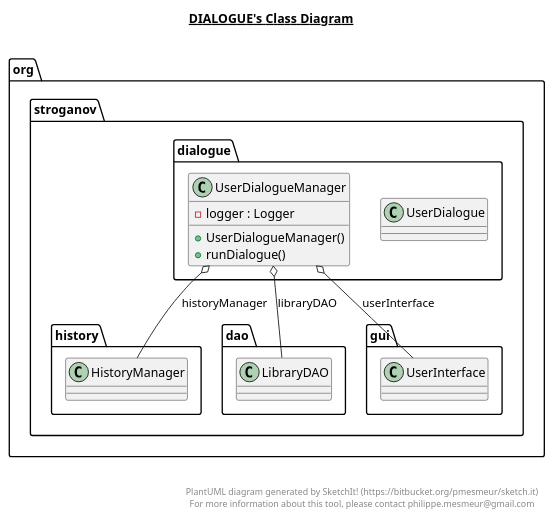
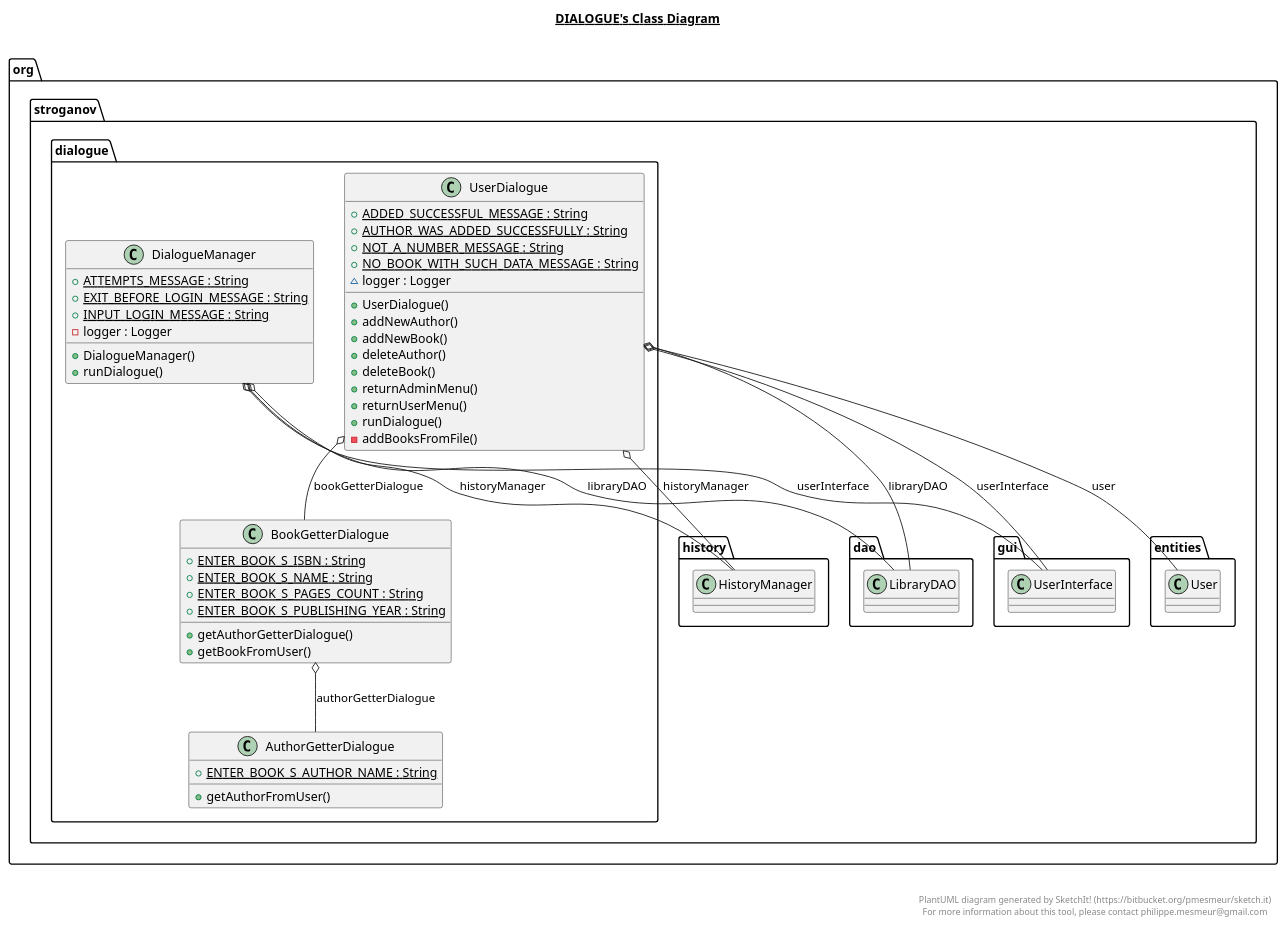
The diagram in src/main/java/org/stroganov/dialogue/dialogue.plantuml (SergeyStroganoff/LibraryApp), drawn with PlantUML before and after one commit. The commit also changed 12 other files, not shown here.

Commit message:
UserDialogue in progress.

```diff
--- a/src/main/java/org/stroganov/dialogue/dialogue.plantuml
+++ b/src/main/java/org/stroganov/dialogue/dialogue.plantuml
@@ -1,36 +1,83 @@
 @startuml
 
 title __DIALOGUE's Class Diagram__\n
 
   namespace org.stroganov {
     namespace dialogue {
-      class org.stroganov.dialogue.UserDialogue {
+      class org.stroganov.dialogue.AuthorGetterDialogue {
+          {static} + ENTER_BOOK_S_AUTHOR_NAME : String
+          + getAuthorFromUser()
       }
     }
   }
   
 
   namespace org.stroganov {
     namespace dialogue {
-      class org.stroganov.dialogue.UserDialogueManager {
+      class org.stroganov.dialogue.BookGetterDialogue {
+          {static} + ENTER_BOOK_S_ISBN : String
+          {static} + ENTER_BOOK_S_NAME : String
+          {static} + ENTER_BOOK_S_PAGES_COUNT : String
+          {static} + ENTER_BOOK_S_PUBLISHING_YEAR : String
+          + getAuthorGetterDialogue()
+          + getBookFromUser()
+      }
+    }
+  }
+  
+
+  namespace org.stroganov {
+    namespace dialogue {
+      class org.stroganov.dialogue.DialogueManager {
+          {static} + ATTEMPTS_MESSAGE : String
+          {static} + EXIT_BEFORE_LOGIN_MESSAGE : String
+          {static} + INPUT_LOGIN_MESSAGE : String
           - logger : Logger
-          + UserDialogueManager()
+          + DialogueManager()
           + runDialogue()
       }
     }
   }
   
 
-  org.stroganov.dialogue.UserDialogueManager o-- org.stroganov.history.HistoryManager : historyManager
-  org.stroganov.dialogue.UserDialogueManager o-- org.stroganov.dao.LibraryDAO : libraryDAO
-  org.stroganov.dialogue.UserDialogueManager o-- org.stroganov.gui.UserInterface : userInterface
+  namespace org.stroganov {
+    namespace dialogue {
+      class org.stroganov.dialogue.UserDialogue {
+          {static} + ADDED_SUCCESSFUL_MESSAGE : String
+          {static} + AUTHOR_WAS_ADDED_SUCCESSFULLY : String
+          {static} + NOT_A_NUMBER_MESSAGE : String
+          {static} + NO_BOOK_WITH_SUCH_DATA_MESSAGE : String
+          ~ logger : Logger
+          + UserDialogue()
+          + addNewAuthor()
+          + addNewBook()
+          + deleteAuthor()
+          + deleteBook()
+          + returnAdminMenu()
+          + returnUserMenu()
+          + runDialogue()
+          - addBooksFromFile()
+      }
+    }
+  }
+  
+
+  org.stroganov.dialogue.BookGetterDialogue o-- org.stroganov.dialogue.AuthorGetterDialogue : authorGetterDialogue
+  org.stroganov.dialogue.DialogueManager o-- org.stroganov.history.HistoryManager : historyManager
+  org.stroganov.dialogue.DialogueManager o-- org.stroganov.dao.LibraryDAO : libraryDAO
+  org.stroganov.dialogue.DialogueManager o-- org.stroganov.gui.UserInterface : userInterface
+  org.stroganov.dialogue.UserDialogue o-- org.stroganov.dialogue.BookGetterDialogue : bookGetterDialogue
+  org.stroganov.dialogue.UserDialogue o-- org.stroganov.history.HistoryManager : historyManager
+  org.stroganov.dialogue.UserDialogue o-- org.stroganov.dao.LibraryDAO : libraryDAO
+  org.stroganov.dialogue.UserDialogue o-- org.stroganov.entities.User : user
+  org.stroganov.dialogue.UserDialogue o-- org.stroganov.gui.UserInterface : userInterface
 
 
 right footer
 
 
 PlantUML diagram generated by SketchIt! (https://bitbucket.org/pmesmeur/sketch.it)
 For more information about this tool, please contact philippe.mesmeur@gmail.com
 endfooter
 
 @enduml
```
